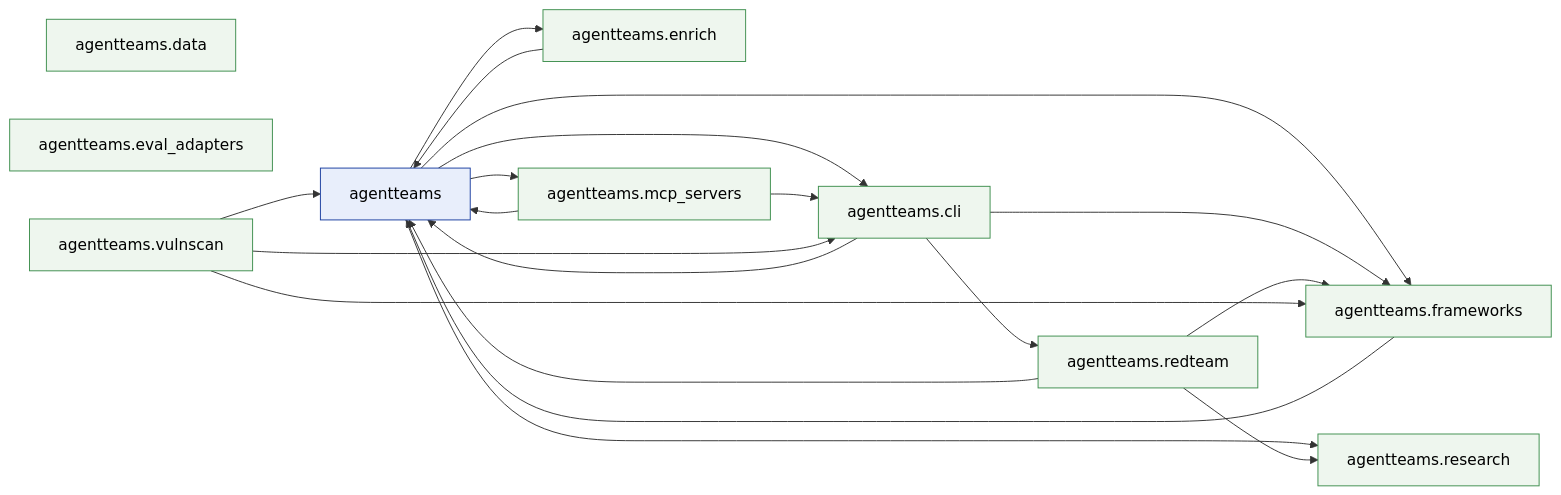
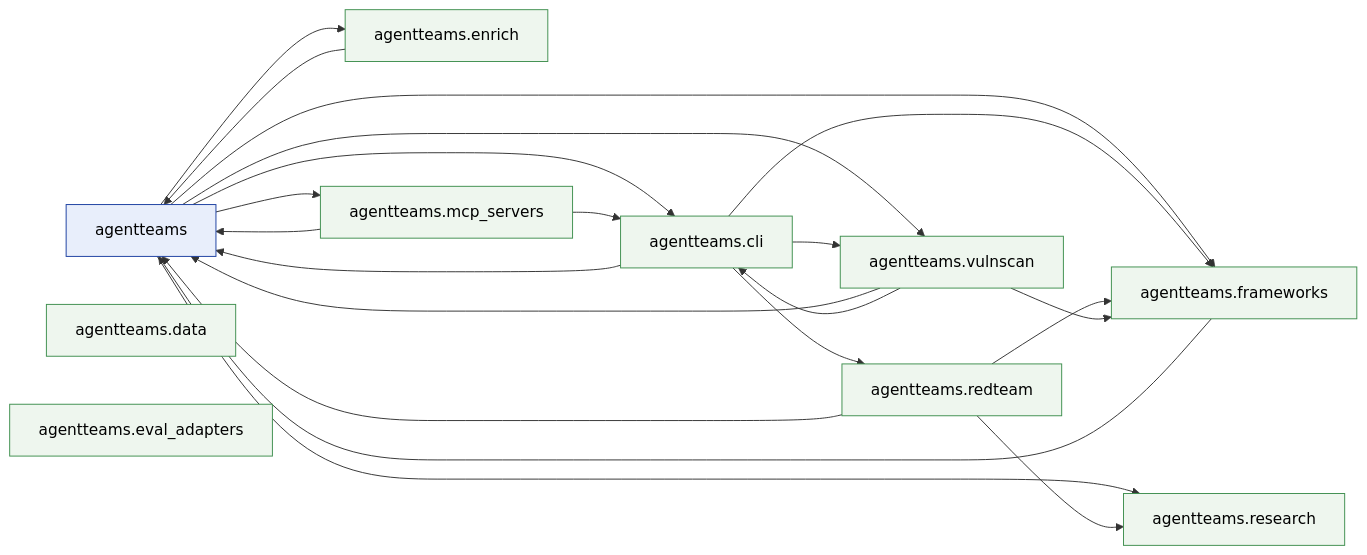
Before and after one commit to jlcatonjr/agentteams: the first of 2 diagrams in references/architecture-graph.md, drawn with Mermaid. The commit also changed other lines of this file and 57 other files, not shown here.

First line of the commit message:
vulnscan: automatic integration into every agentteams project

````diff
--- a/references/architecture-graph.md
+++ b/references/architecture-graph.md
@@ -367,43 +372,45 @@
 ```mermaid
 flowchart LR
     classDef root fill:#e8eefb,stroke:#1b3fa0,color:#000
     classDef sub  fill:#eef6ee,stroke:#3f8f4f,color:#000
     agentteams["agentteams"]
     class agentteams root
     agentteams_cli["agentteams.cli"]
     class agentteams_cli sub
     agentteams_data["agentteams.data"]
     class agentteams_data sub
     agentteams_enrich["agentteams.enrich"]
     class agentteams_enrich sub
     agentteams_eval_adapters["agentteams.eval_adapters"]
     class agentteams_eval_adapters sub
     agentteams_frameworks["agentteams.frameworks"]
     class agentteams_frameworks sub
     agentteams_mcp_servers["agentteams.mcp_servers"]
     class agentteams_mcp_servers sub
     agentteams_redteam["agentteams.redteam"]
     class agentteams_redteam sub
     agentteams_research["agentteams.research"]
     class agentteams_research sub
     agentteams_vulnscan["agentteams.vulnscan"]
     class agentteams_vulnscan sub
     agentteams --> agentteams_cli
     agentteams --> agentteams_enrich
     agentteams --> agentteams_frameworks
     agentteams --> agentteams_mcp_servers
     agentteams --> agentteams_research
+    agentteams --> agentteams_vulnscan
     agentteams_cli --> agentteams
     agentteams_cli --> agentteams_frameworks
     agentteams_cli --> agentteams_redteam
+    agentteams_cli --> agentteams_vulnscan
     agentteams_enrich --> agentteams
     agentteams_frameworks --> agentteams
     agentteams_mcp_servers --> agentteams
     agentteams_mcp_servers --> agentteams_cli
     agentteams_redteam --> agentteams
     agentteams_redteam --> agentteams_frameworks
     agentteams_redteam --> agentteams_research
     agentteams_vulnscan --> agentteams
     agentteams_vulnscan --> agentteams_cli
     agentteams_vulnscan --> agentteams_frameworks
 ```
````
